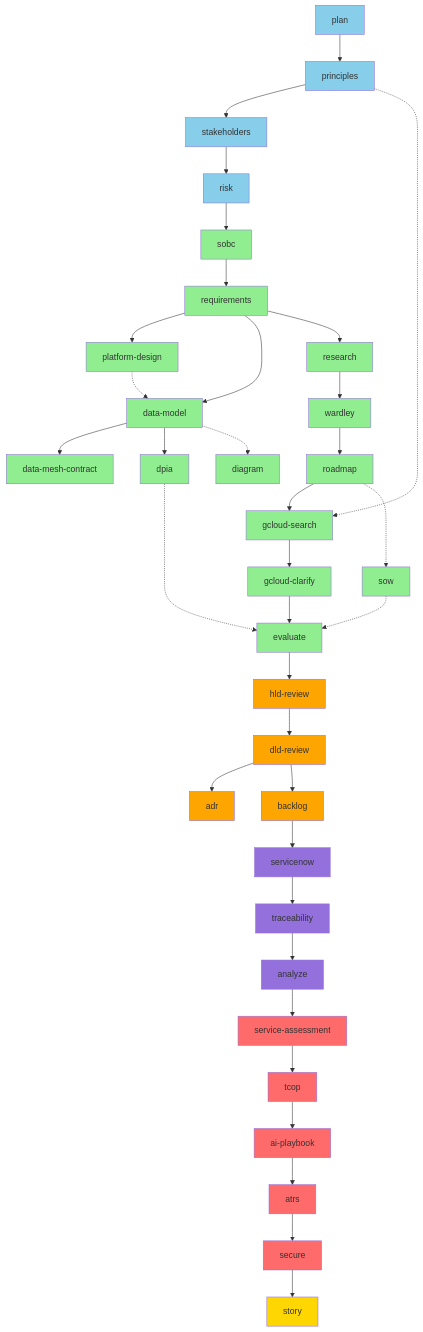
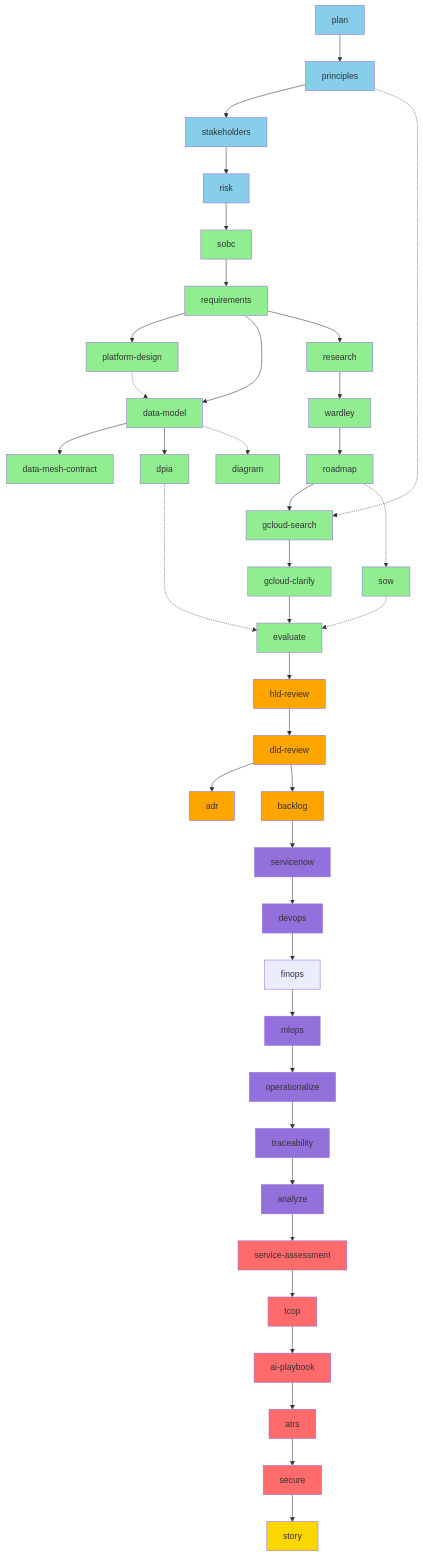
One commit to tractorjuice/arckit-test-project-v11-national-highways-data changed the third of 9 diagrams in WORKFLOW-DIAGRAMS.md. Above: the diagram before and after it, drawn with Mermaid. The commit also changed other lines of this file and 5 other files, not shown here.

```diff
--- a/WORKFLOW-DIAGRAMS.md
+++ b/WORKFLOW-DIAGRAMS.md
@@ -230,7 +240,11 @@
 
     %% Tier 8-9: Operations & Quality
     U --> V[servicenow]
-    V --> X[traceability]
+    V --> V1[devops]
+    V1 --> V1a[finops]
+    V1a --> V2[mlops]
+    V2 --> V3[operationalize]
+    V3 --> X[traceability]
     X --> Y[analyze]
 
     %% Tier 10: UK Gov + AI Compliance
@@ -265,6 +279,9 @@
     style T fill:#FFA500
     style U fill:#FFA500
     style V fill:#9370DB
+    style V1 fill:#9370DB
+    style V2 fill:#9370DB
+    style V3 fill:#9370DB
     style W fill:#90EE90
     style X fill:#9370DB
     style Y fill:#9370DB
```
